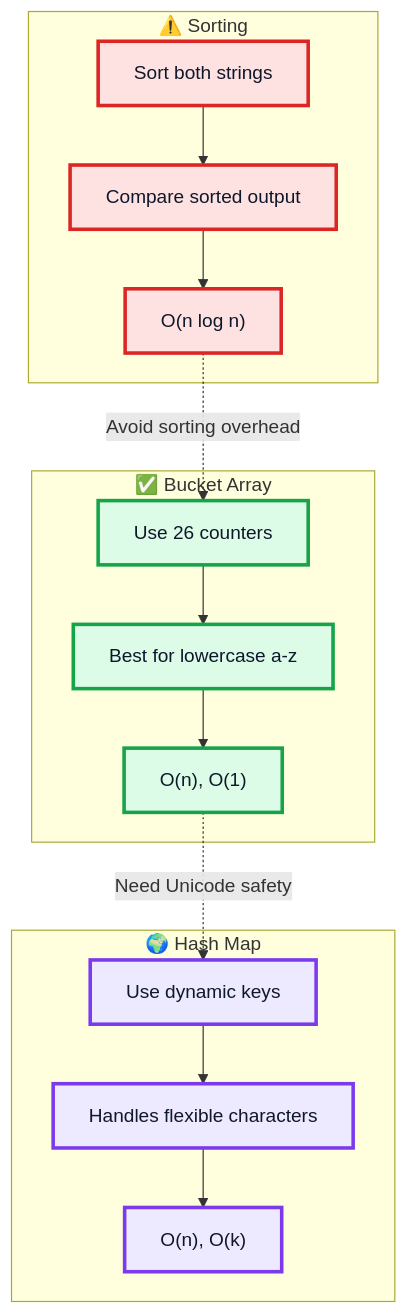
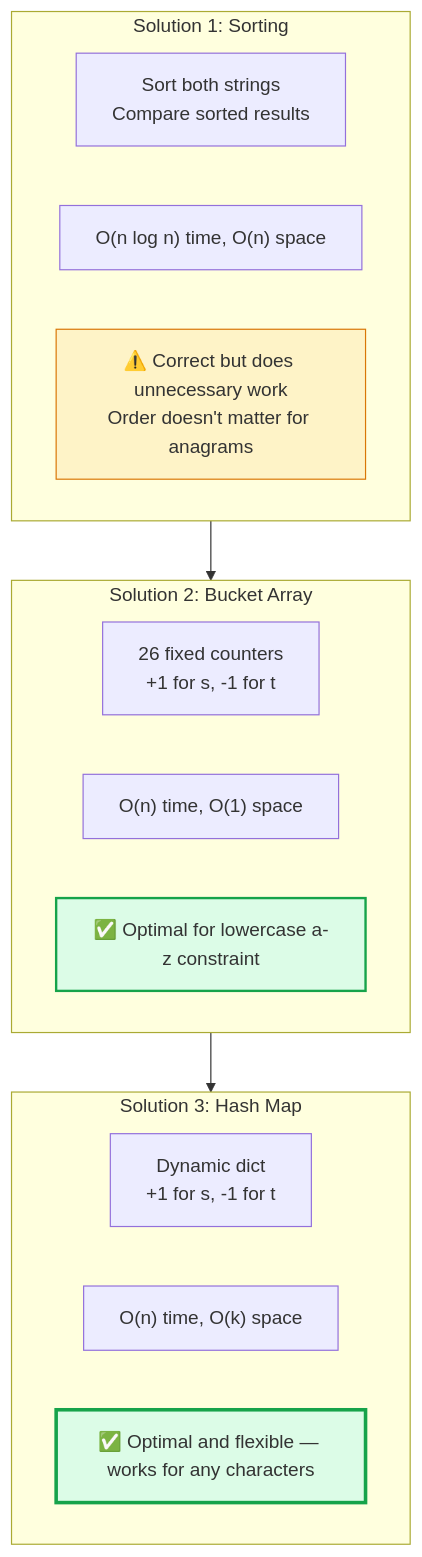
One commit to M-F-Tushar/LeetCode-Problem-Solving changed diagram 14 of 15 in 03 - Valid Anagram/README.md. Above: the diagram before and after it, drawn with Mermaid. The commit also changed other lines of this file, not shown here.

````diff
--- a/03 - Valid Anagram/README.md
+++ b/03 - Valid Anagram/README.md
@@ -546,35 +461,26 @@
 ```mermaid
 flowchart TB
-    subgraph Sorting["⚠️ Sorting"]
-        A1["Sort both strings"]
-        A2["Compare sorted output"]
-        A3["O(n log n)"]
+    subgraph S1["Solution 1: Sorting"]
+        S1A["Sort both strings\nCompare sorted results"]
+        S1B["O(n log n) time, O(n) space"]
+        S1C["⚠️ Correct but does unnecessary work\nOrder doesn't matter for anagrams"]
     end
 
-    subgraph Bucket["✅ Bucket Array"]
-        B1["Use 26 counters"]
-        B2["Best for lowercase a-z"]
-        B3["O(n), O(1)"]
+    subgraph S2["Solution 2: Bucket Array"]
+        S2A["26 fixed counters\n+1 for s, -1 for t"]
+        S2B["O(n) time, O(1) space"]
+        S2C["✅ Optimal for lowercase a-z constraint"]
     end
 
-    subgraph HashMap["🌍 Hash Map"]
-        C1["Use dynamic keys"]
-        C2["Handles flexible characters"]
-        C3["O(n), O(k)"]
+    subgraph S3["Solution 3: Hash Map"]
+        S3A["Dynamic dict\n+1 for s, -1 for t"]
+        S3B["O(n) time, O(k) space"]
+        S3C["✅ Optimal and flexible — works for any characters"]
     end
 
-    A1 --> A2 --> A3
-    B1 --> B2 --> B3
-    C1 --> C2 --> C3
+    S1 --> S2 --> S3
 
-    A3 -. "Avoid sorting overhead" .-> B1
-    B3 -. "Need Unicode safety" .-> C1
-
-    classDef sorting fill:#fee2e2,stroke:#dc2626,stroke-width:3px,color:#0f172a;
-    classDef bucket fill:#dcfce7,stroke:#16a34a,stroke-width:3px,color:#0f172a;
-    classDef hashmap fill:#ede9fe,stroke:#7c3aed,stroke-width:3px,color:#0f172a;
-
-    class A1,A2,A3 sorting;
-    class B1,B2,B3 bucket;
-    class C1,C2,C3 hashmap;
+    style S1C fill:#fef3c7,stroke:#d97706
+    style S2C fill:#dcfce7,stroke:#16a34a,stroke-width:2px
+    style S3C fill:#dcfce7,stroke:#16a34a,stroke-width:3px
 ```
````
